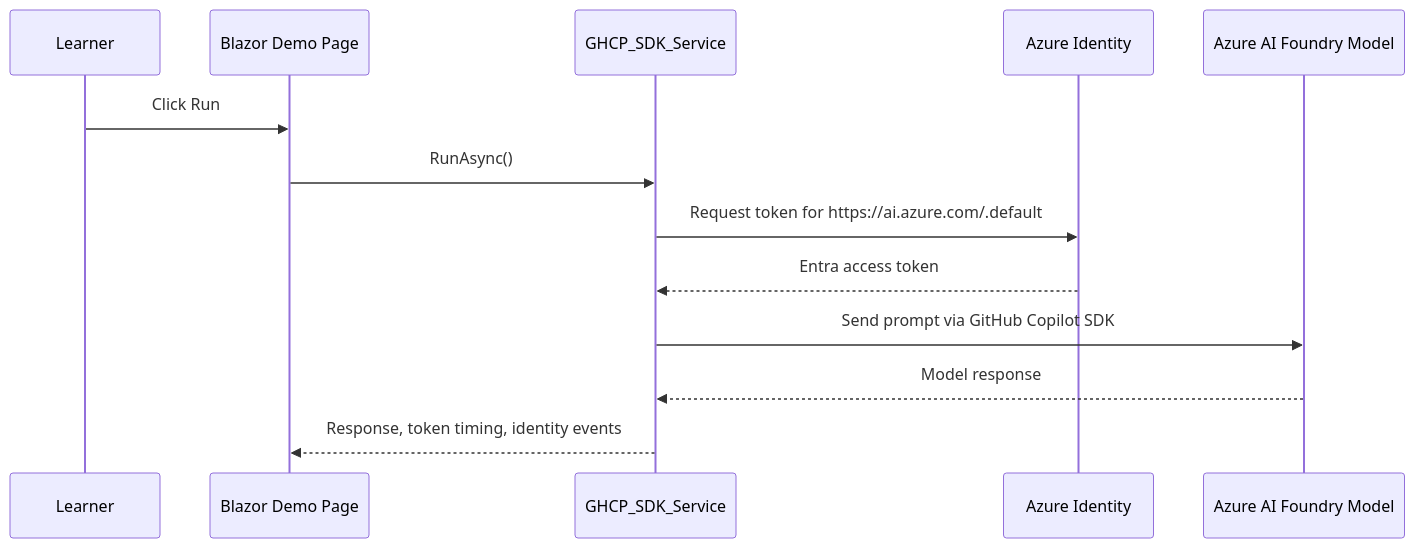
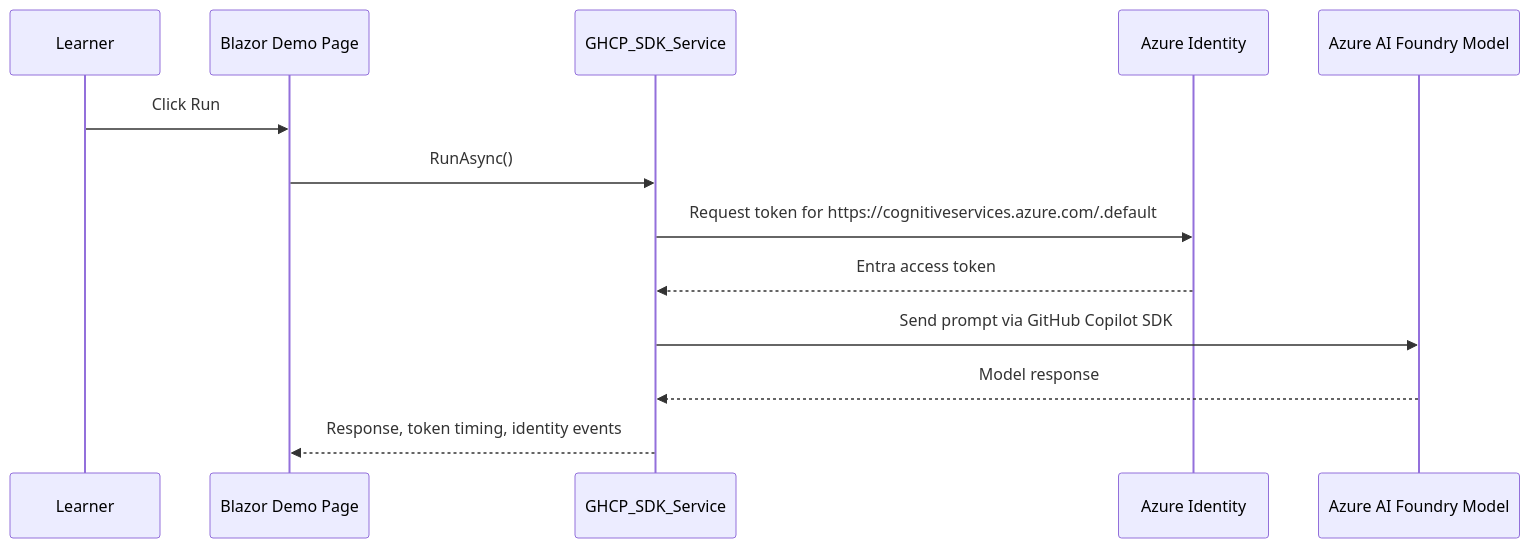
Before and after one commit to lluppesms/simple.ghcp.sdk.byok: the diagram in README.md, drawn with Mermaid. The commit also changed other lines of this file and 2 other files, not shown here.

````diff
--- a/README.md
+++ b/README.md
@@ -20,16 +20,16 @@
 ```mermaid
 sequenceDiagram
     participant Learner as Learner
     participant UI as Blazor Demo Page
     participant Service as GHCP_SDK_Service
     participant Identity as Azure Identity
     participant Foundry as Azure AI Foundry Model
 
     Learner->>UI: Click Run
     UI->>Service: RunAsync()
-    Service->>Identity: Request token for https://ai.azure.com/.default
+    Service->>Identity: Request token for https://cognitiveservices.azure.com/.default
     Identity-->>Service: Entra access token
     Service->>Foundry: Send prompt via GitHub Copilot SDK
     Foundry-->>Service: Model response
     Service-->>UI: Response, token timing, identity events
 ```
````
